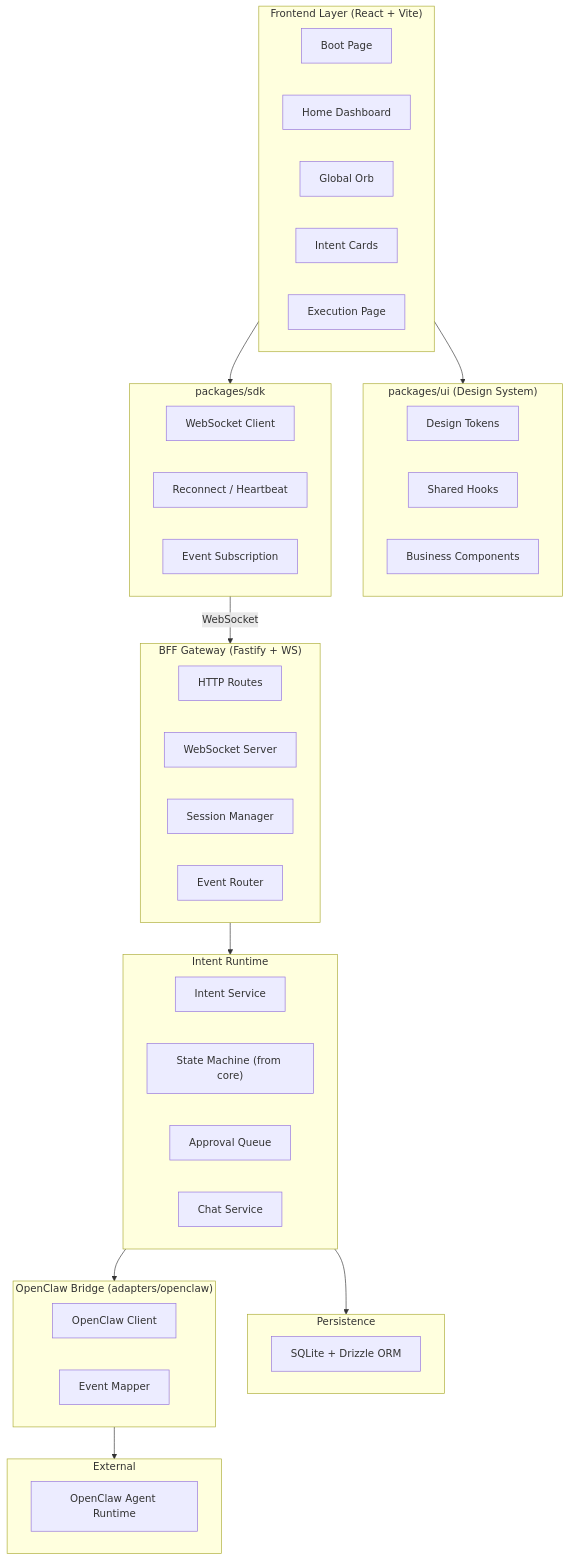
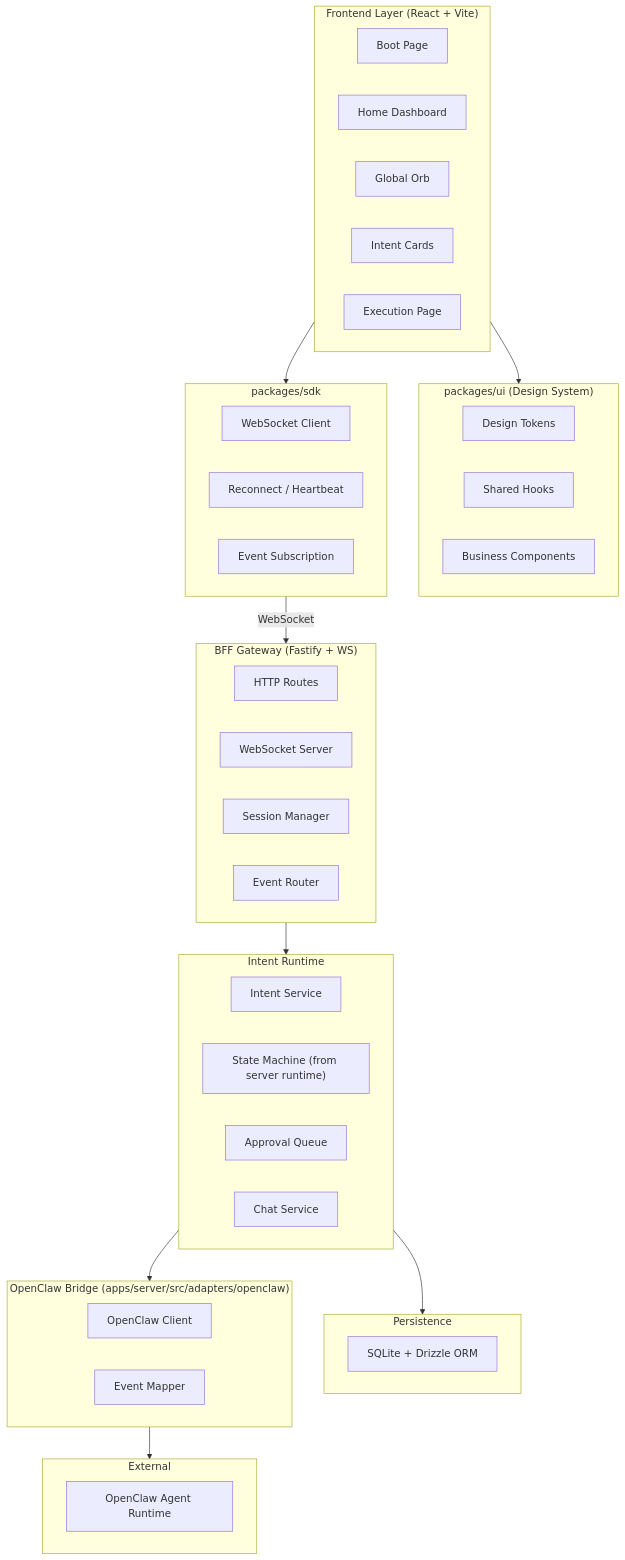
One commit to kunpengzhu-dev/intentos changed the first of 3 diagrams in docs/architecture-plan.md. Above: the diagram before and after it, drawn with Mermaid. The commit also changed other lines of this file and 35 other files, not shown here.

````diff
--- a/docs/architecture-plan.md
+++ b/docs/architecture-plan.md
@@ -51,57 +51,57 @@
 ```mermaid
 graph TB
     subgraph frontendLayer ["Frontend Layer (React + Vite)"]
         BootPage["Boot Page"]
         HomeDashboard["Home Dashboard"]
         GlobalOrb["Global Orb"]
         IntentCards["Intent Cards"]
         ExecutionPage["Execution Page"]
     end
 
     subgraph uiLayer ["packages/ui (Design System)"]
         Tokens["Design Tokens"]
         SharedHooks["Shared Hooks"]
         BizComponents["Business Components"]
     end
 
     subgraph sdkLayer ["packages/sdk"]
         WSClient["WebSocket Client"]
         Reconnect["Reconnect / Heartbeat"]
         EventSub["Event Subscription"]
     end
 
     subgraph bffLayer ["BFF Gateway (Fastify + WS)"]
         HTTP["HTTP Routes"]
         WSServer["WebSocket Server"]
         SessionMgr["Session Manager"]
         EventRouter["Event Router"]
     end
 
     subgraph runtimeLayer ["Intent Runtime"]
         IntentService["Intent Service"]
-        StateMachine["State Machine (from core)"]
+        StateMachine["State Machine (from server runtime)"]
         ApprovalQueue["Approval Queue"]
         ChatService["Chat Service"]
     end
 
     subgraph persistenceLayer ["Persistence"]
         SQLite["SQLite + Drizzle ORM"]
     end
 
-    subgraph bridgeLayer ["OpenClaw Bridge (adapters/openclaw)"]
+    subgraph bridgeLayer ["OpenClaw Bridge (apps/server/src/adapters/openclaw)"]
         OpenClawClient["OpenClaw Client"]
         EventMapper["Event Mapper"]
     end
 
     subgraph externalLayer ["External"]
         OpenClaw["OpenClaw Agent Runtime"]
     end
 
     frontendLayer --> uiLayer
     frontendLayer --> sdkLayer
     sdkLayer -->|"WebSocket"| bffLayer
     bffLayer --> runtimeLayer
     runtimeLayer --> persistenceLayer
     runtimeLayer --> bridgeLayer
     bridgeLayer --> externalLayer
 ```
````
